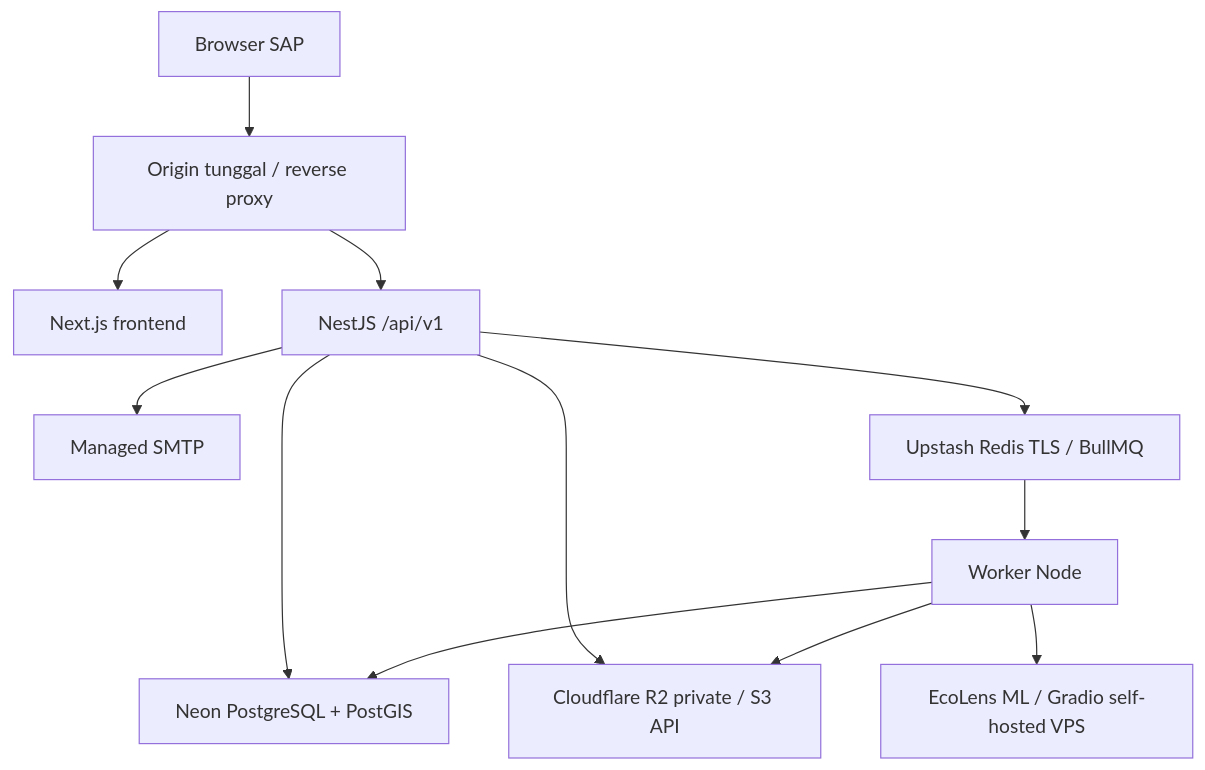
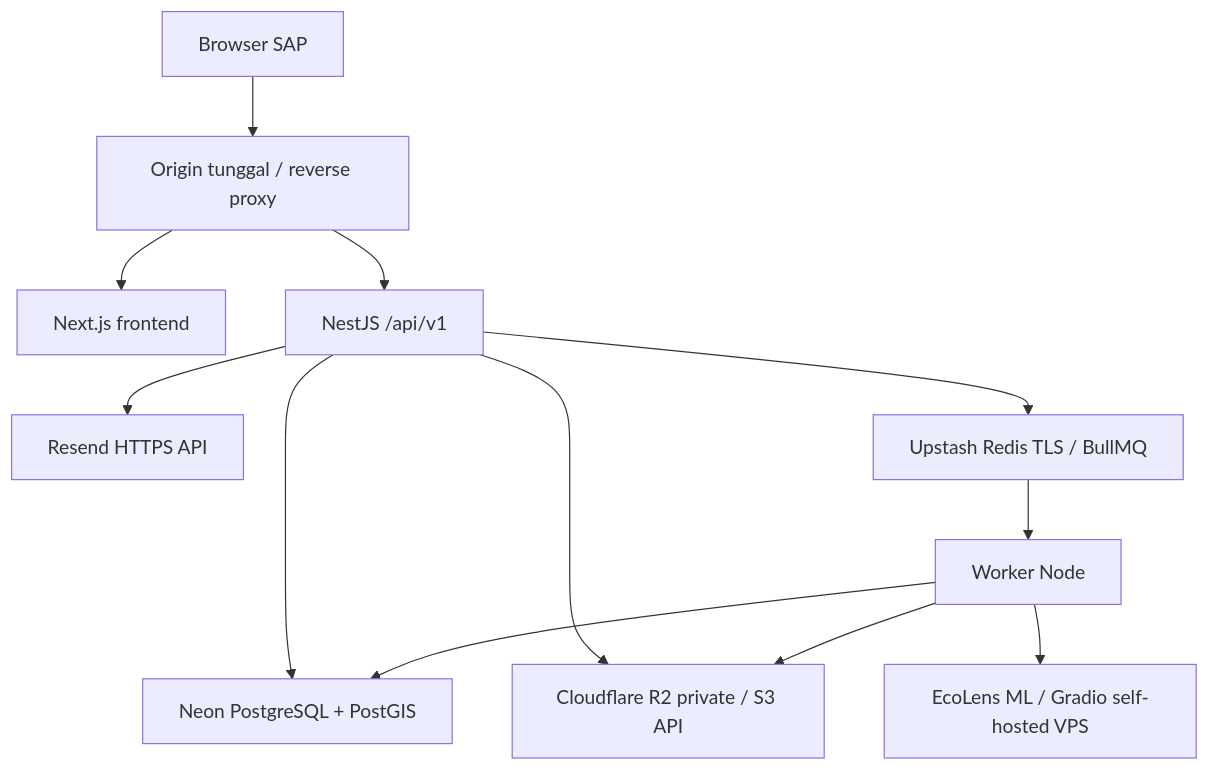
One commit to sitaurs/sap changed the diagram in docs/TECH_SPEC.md. Above: the diagram before and after it, drawn with Mermaid. The commit also changed other lines of this file and 33 other files, not shown here.

````diff
--- a/docs/TECH_SPEC.md
+++ b/docs/TECH_SPEC.md
@@ -24,14 +24,14 @@
 ```mermaid
 flowchart TD
   B["Browser SAP"] --> P["Origin tunggal / reverse proxy"]
   P --> W["Next.js frontend"]
   P --> A["NestJS /api/v1"]
   A --> D["Neon PostgreSQL + PostGIS"]
   A --> S["Cloudflare R2 private / S3 API"]
-  A --> E["Managed SMTP"]
+  A --> E["Resend HTTPS API"]
   A --> Q["Upstash Redis TLS / BullMQ"]
   Q --> J["Worker Node"]
   J --> G["EcoLens ML / Gradio self-hosted VPS"]
   J --> D
   J --> S
 ```
````
